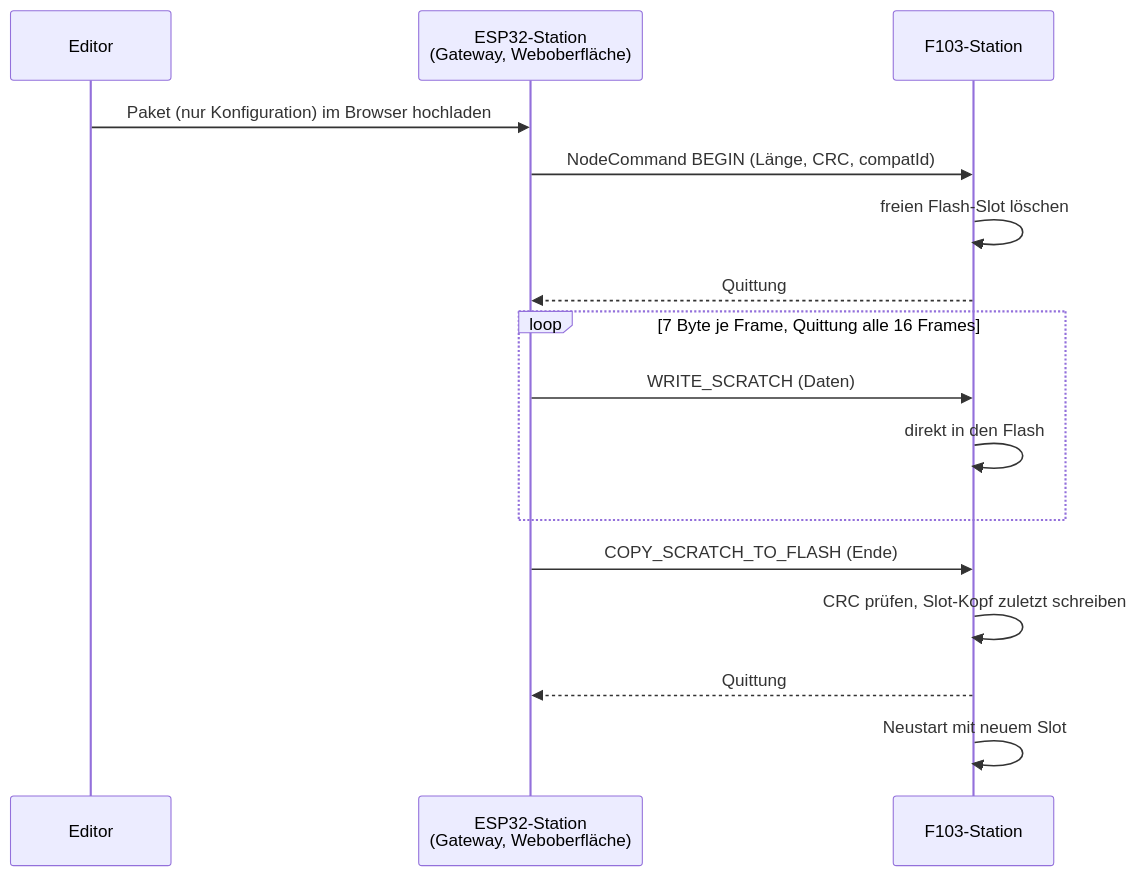
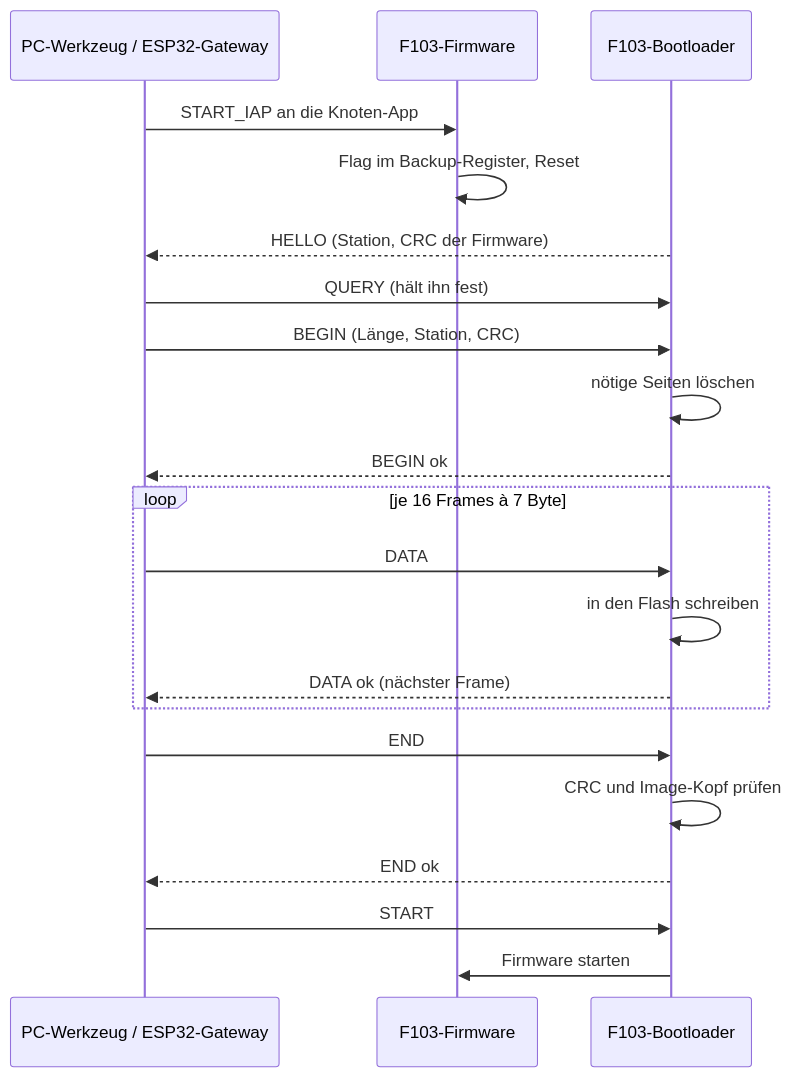
Before and after one commit to klaus-liebler/sensact: the fourth of 4 diagrams in docs/konzepte/06-konfiguration-und-auslieferung.md, drawn with Mermaid. The commit also changed other lines of this file and 34 other files, not shown here.

````diff
--- a/docs/konzepte/06-konfiguration-und-auslieferung.md
+++ b/docs/konzepte/06-konfiguration-und-auslieferung.md
@@ -135,18 +146,23 @@
 ```mermaid
 sequenceDiagram
-    participant E as Editor
-    participant G as ESP32-Station<br/>(Gateway, Weboberfläche)
-    participant F as F103-Station
-    E->>G: Paket (nur Konfiguration) im Browser hochladen
-    G->>F: NodeCommand BEGIN (Länge, CRC, compatId)
-    F->>F: freien Flash-Slot löschen
-    F-->>G: Quittung
-    loop 7 Byte je Frame, Quittung alle 16 Frames
-        G->>F: WRITE_SCRATCH (Daten)
-        F->>F: direkt in den Flash
+    participant H as PC-Werkzeug / ESP32-Gateway
+    participant A as F103-Firmware
+    participant B as F103-Bootloader
+    H->>A: START_IAP an die Knoten-App
+    A->>A: Flag im Backup-Register, Reset
+    B-->>H: HELLO (Station, CRC der Firmware)
+    H->>B: QUERY (hält ihn fest)
+    H->>B: BEGIN (Länge, Station, CRC)
+    B->>B: nötige Seiten löschen
+    B-->>H: BEGIN ok
+    loop je 16 Frames à 7 Byte
+        H->>B: DATA
+        B->>B: in den Flash schreiben
+        B-->>H: DATA ok (nächster Frame)
     end
-    G->>F: COPY_SCRATCH_TO_FLASH (Ende)
-    F->>F: CRC prüfen, Slot-Kopf zuletzt schreiben
-    F-->>G: Quittung
-    F->>F: Neustart mit neuem Slot
+    H->>B: END
+    B->>B: CRC und Image-Kopf prüfen
+    B-->>H: END ok
+    H->>B: START
+    B->>A: Firmware starten
 ```
````
